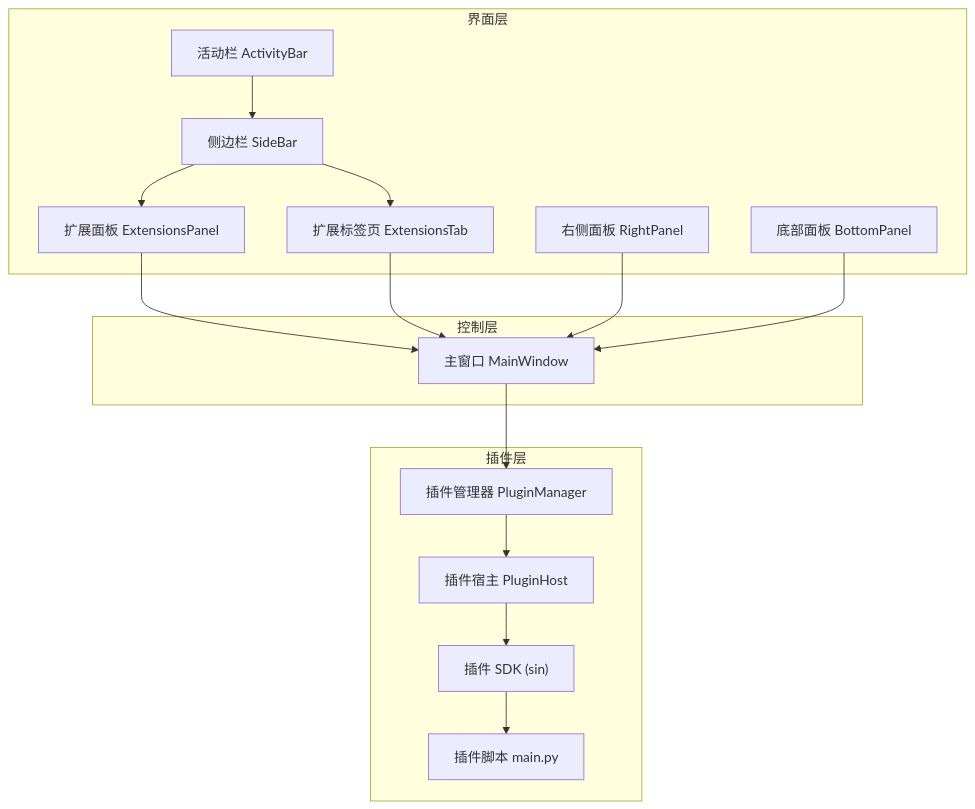
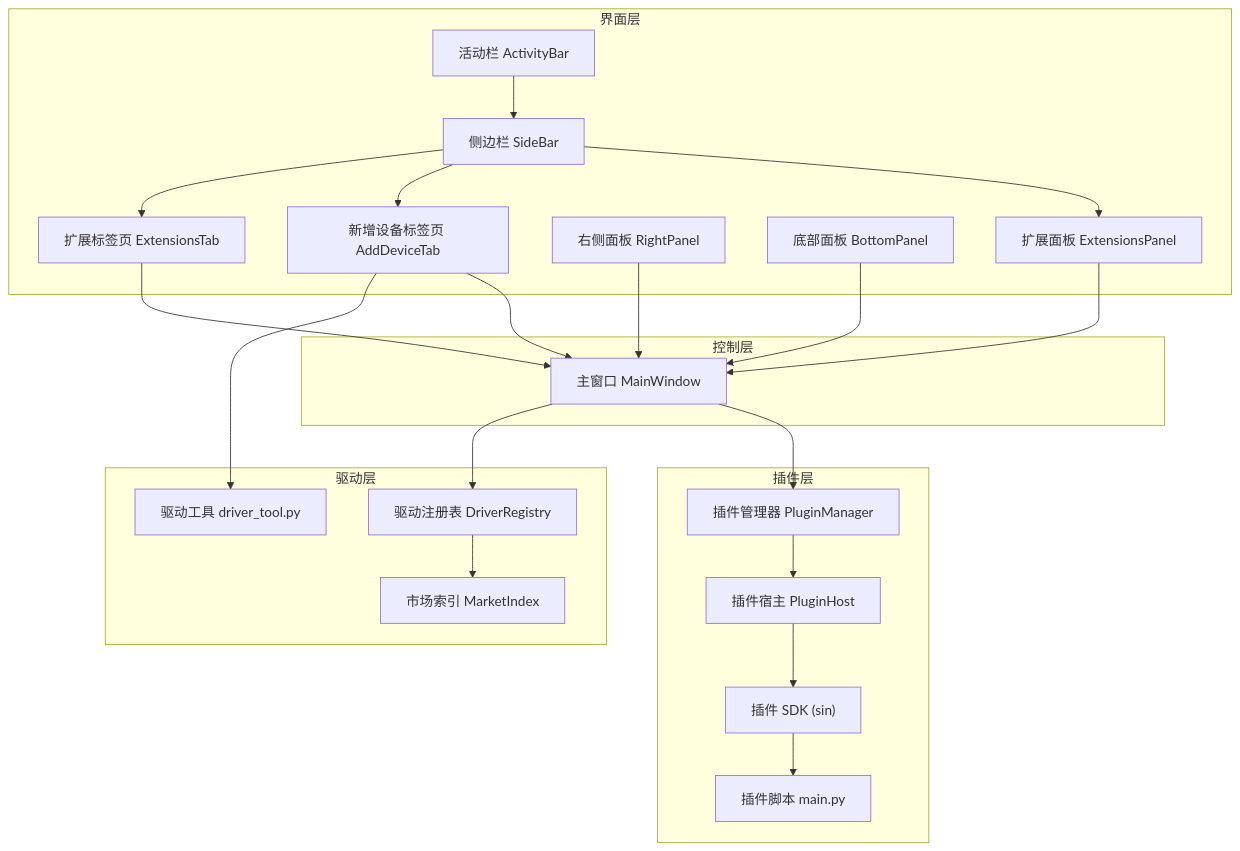
The first of 13 diagrams in .qoder/repowiki/zh/content/架构设计/插件系统架构/扩展面板系统.md (jakecai1225-design/OpenBus), drawn with Mermaid before and after one commit. The commit also changed other lines of this file and 40 other files, not shown here.

````diff
--- a/.qoder/repowiki/zh/content/架构设计/插件系统架构/扩展面板系统.md
+++ b/.qoder/repowiki/zh/content/架构设计/插件系统架构/扩展面板系统.md
@@ -53,31 +60,42 @@
 ```mermaid
 graph TB
 subgraph "界面层"
 AB["活动栏 ActivityBar"]
 SB["侧边栏 SideBar"]
 EP["扩展面板 ExtensionsPanel"]
+ADT["新增设备标签页 AddDeviceTab"]
 RP["右侧面板 RightPanel"]
 BP["底部面板 BottomPanel"]
 ET["扩展标签页 ExtensionsTab"]
 end
 subgraph "控制层"
 MW["主窗口 MainWindow"]
 end
 subgraph "插件层"
 PM["插件管理器 PluginManager"]
 PH["插件宿主 PluginHost"]
 SDK["插件 SDK (sin)"]
 PLG["插件脚本 main.py"]
 end
+subgraph "驱动层"
+DR["驱动注册表 DriverRegistry"]
+MI["市场索引 MarketIndex"]
+DT["驱动工具 driver_tool.py"]
+end
 AB --> SB
 SB --> EP
+SB --> ADT
 SB --> ET
 EP --> MW
+ADT --> MW
 ET --> MW
 RP --> MW
 BP --> MW
 MW --> PM
 PM --> PH
 PH --> SDK
 SDK --> PLG
+MW --> DR
+DR --> MI
+ADT --> DT
 ```
````
